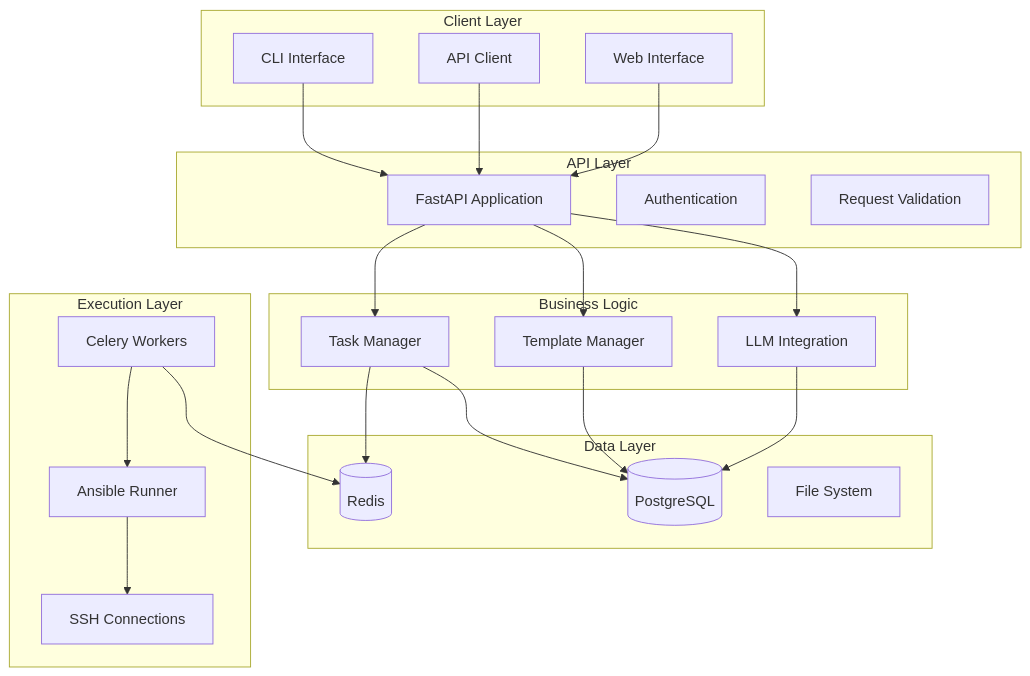
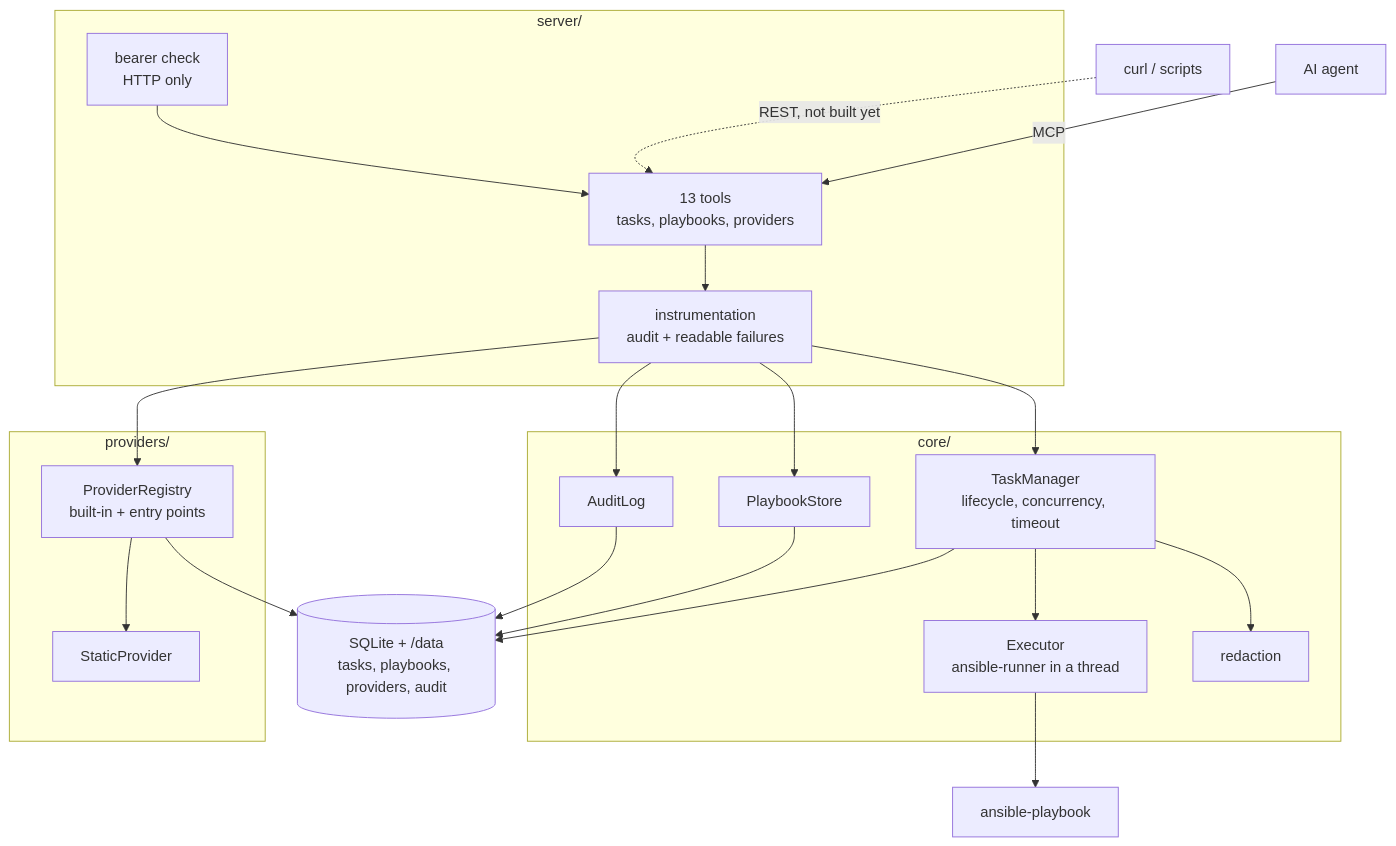
One commit to ppavlovrus/simple_ansible_controller changed the first of 2 diagrams in docs/architecture.md. Above: the diagram before and after it, drawn with Mermaid. The commit also changed other lines of this file and 21 other files, not shown here.

````diff
--- a/docs/architecture.md
+++ b/docs/architecture.md
@@ -7,49 +10,42 @@
 ```mermaid
 graph TB
-    subgraph "Client Layer"
-        CLI[CLI Interface]
-        API[API Client]
-        Web[Web Interface]
+    Agent[AI agent] -->|MCP| Tools
+    Human[curl / scripts] -.->|REST, not built yet| Tools
+
+    subgraph Interface["server/"]
+        Tools[13 tools<br/>tasks, playbooks, providers]
+        Instr[instrumentation<br/>audit + readable failures]
+        Auth[bearer check<br/>HTTP only]
     end
-    
-    subgraph "API Layer"
-        FastAPI[FastAPI Application]
-        Auth[Authentication]
-        Validation[Request Validation]
+
+    subgraph Core["core/"]
+        TM[TaskManager<br/>lifecycle, concurrency, timeout]
+        Exec[Executor<br/>ansible-runner in a thread]
+        Store[PlaybookStore]
+        Redact[redaction]
+        Audit[AuditLog]
     end
-    
-    subgraph "Business Logic"
-        LLM[LLM Integration]
-        TM[Template Manager]
-        TaskM[Task Manager]
+
+    subgraph Providers["providers/"]
+        Registry[ProviderRegistry<br/>built-in + entry points]
+        Static[StaticProvider]
     end
-    
-    subgraph "Data Layer"
-        DB[(PostgreSQL)]
-        Redis[(Redis)]
-        FS[File System]
-    end
-    
-    subgraph "Execution Layer"
-        Celery[Celery Workers]
-        Ansible[Ansible Runner]
-        SSH[SSH Connections]
-    end
-    
-    CLI --> FastAPI
-    API --> FastAPI
-    Web --> FastAPI
-    
-    FastAPI --> LLM
-    FastAPI --> TM
-    FastAPI --> TaskM
-    
-    LLM --> DB
-    TM --> DB
-    TaskM --> DB
-    
-    TaskM --> Redis
-    Celery --> Redis
-    Celery --> Ansible
-    Ansible --> SSH
+
+    Data[(SQLite + /data<br/>tasks, playbooks, providers, audit)]
+    Ansible[ansible-playbook]
+
+    Auth --> Tools
+    Tools --> Instr
+    Instr --> TM
+    Instr --> Store
+    Instr --> Registry
+    Instr --> Audit
+    TM --> Exec
+    TM --> Redact
+    Registry --> Static
+    Exec --> Ansible
+    TM --> Data
+    Store --> Data
+    Audit --> Data
+    Registry --> Data
 ```
````
